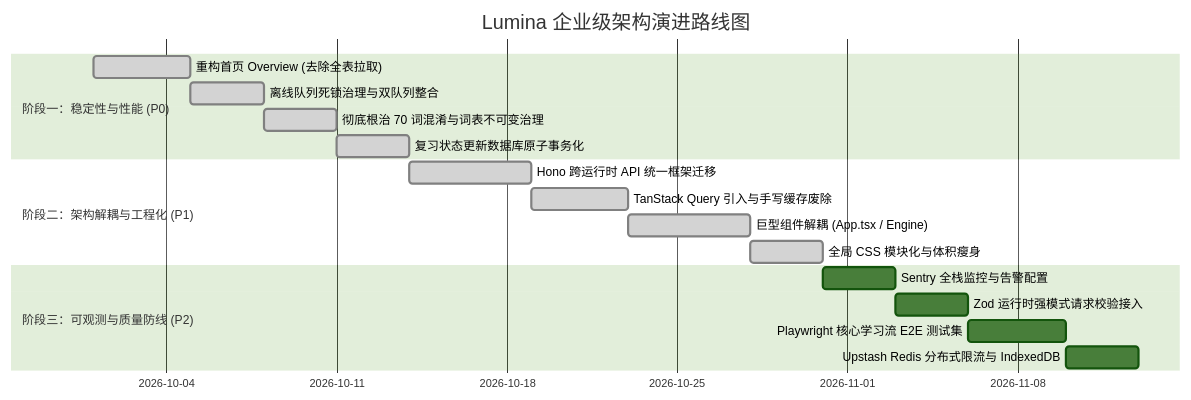
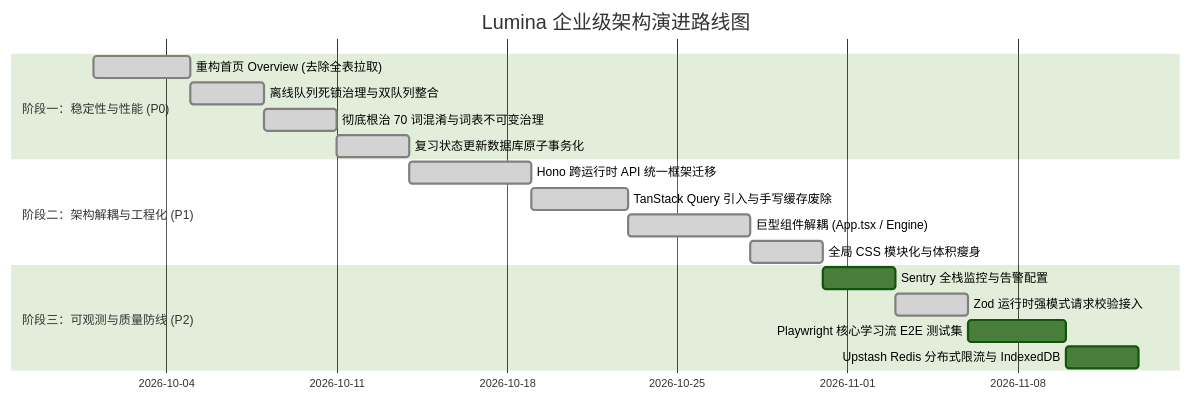
One commit to ZhangJunQiu-Alan/Lumina changed the diagram in docs/enterprise-refactoring-roadmap.md. Above: the diagram before and after it, drawn with Mermaid (forest theme). The commit also changed other lines of this file and 24 other files, not shown here.

Commit message:
feat(api): enforce Zod runtime schema validation and standardized error contracts across routes (Task 3.2)

````diff
--- a/docs/enterprise-refactoring-roadmap.md
+++ b/docs/enterprise-refactoring-roadmap.md
@@ -574,22 +580,22 @@
 ```mermaid
 gantt
     title Lumina 企业级架构演进路线图
     dateFormat  YYYY-MM-DD
     section 阶段一：稳定性与性能 (P0)
     重构首页 Overview (去除全表拉取)     :done, p1_1, 2026-10-01, 4d
     离线队列死锁治理与双队列整合        :done, p1_2, 2026-10-05, 3d
     彻底根治 70 词混淆与词表不可变治理  :done, p1_3, 2026-10-08, 3d
     复习状态更新数据库原子事务化        :done, p1_4, 2026-10-11, 3d
     
     section 阶段二：架构解耦与工程化 (P1)
     Hono 跨运行时 API 统一框架迁移      :done, p2_1, 2026-10-14, 5d
     TanStack Query 引入与手写缓存废除   :done, p2_2, 2026-10-19, 4d
     巨型组件解耦 (App.tsx / Engine)    :done, p2_3, 2026-10-23, 5d
     全局 CSS 模块化与体积瘦身          :done, p2_4, 2026-10-28, 3d
 
     section 阶段三：可观测与质量防线 (P2)
     Sentry 全栈监控与告警配置          :p3_1, 2026-10-31, 3d
-    Zod 运行时强模式请求校验接入        :p3_2, 2026-11-03, 3d
+    Zod 运行时强模式请求校验接入        :done, p3_2, 2026-11-03, 3d
     Playwright 核心学习流 E2E 测试集    :p3_3, 2026-11-06, 4d
     Upstash Redis 分布式限流与 IndexedDB:p3_4, 2026-11-10, 3d
 ```
````
